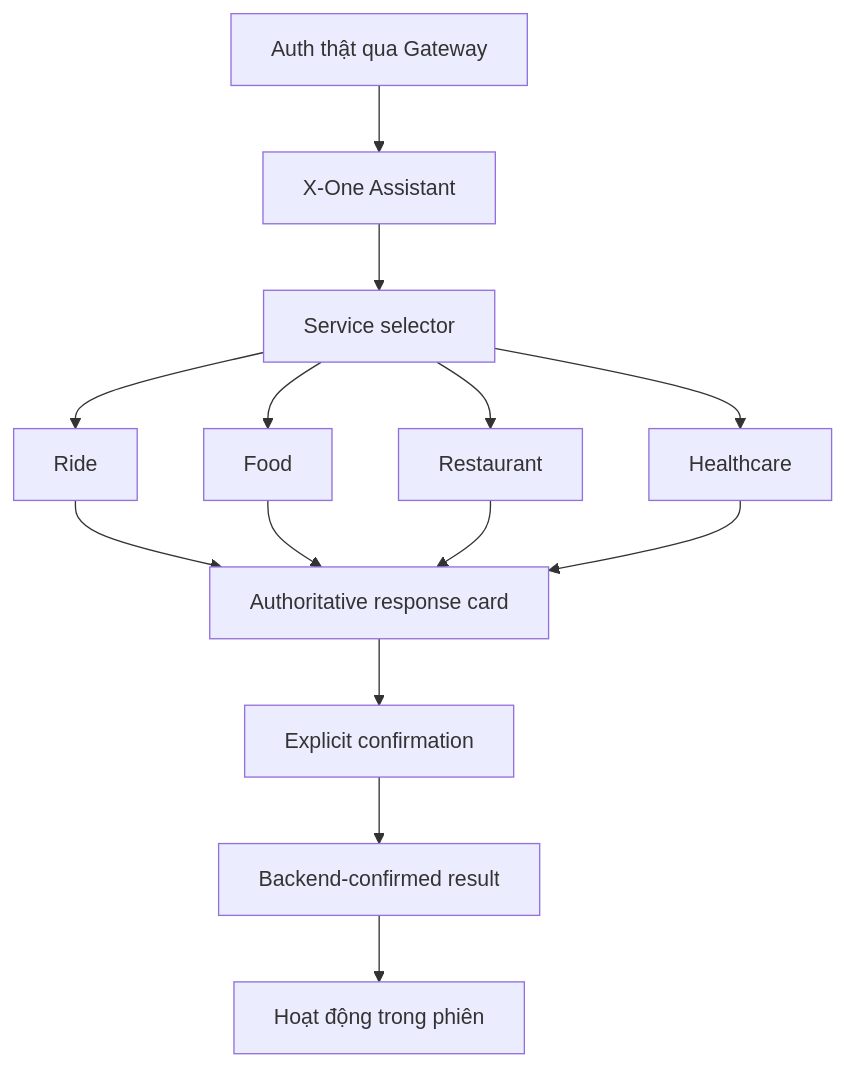
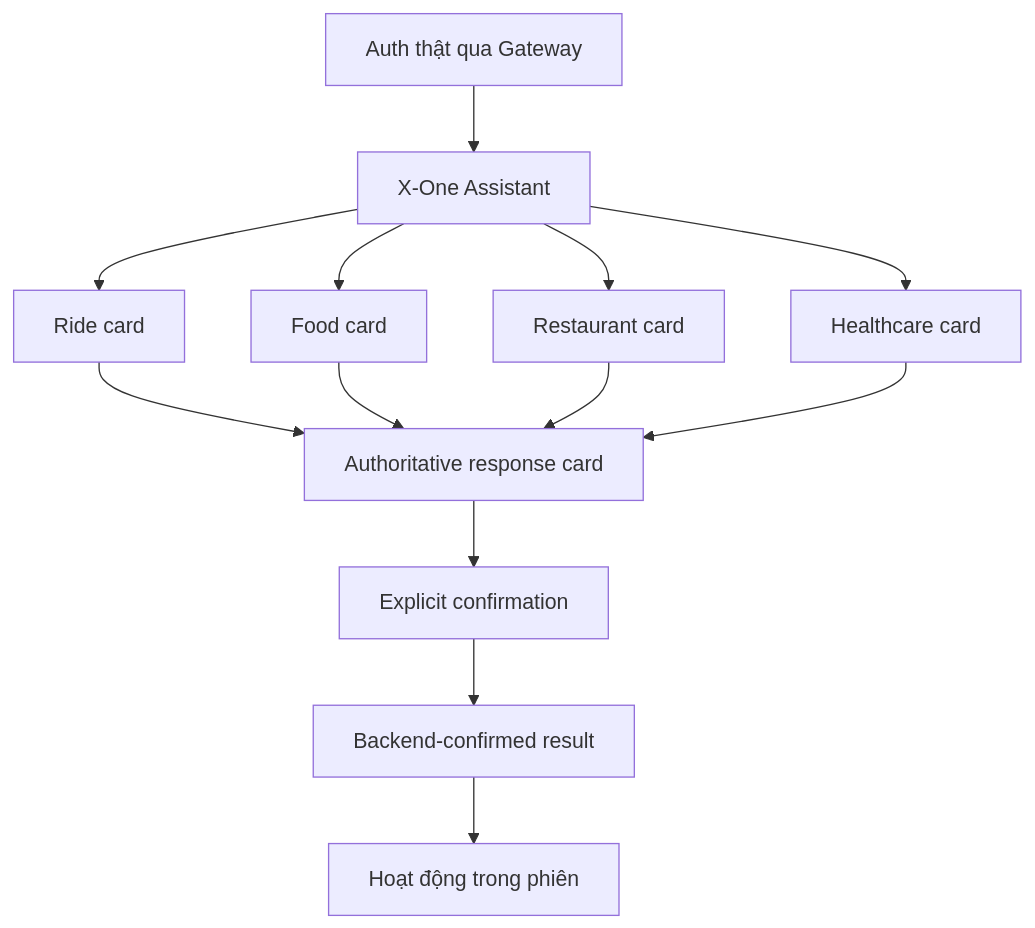
One commit to codecuatai/P-018 changed the diagram in docs/ui_wireframe_flow.md. Above: the diagram before and after it, drawn with Mermaid. The commit also changed other lines of this file and 54 other files, not shown here.

````diff
--- a/docs/ui_wireframe_flow.md
+++ b/docs/ui_wireframe_flow.md
@@ -10,16 +10,15 @@
 ```mermaid
 flowchart TB
     Auth[Auth thật qua Gateway] --> Assistant[X-One Assistant]
-    Assistant --> Selector[Service selector]
-    Selector --> Ride[Ride]
-    Selector --> Food[Food]
-    Selector --> Restaurant[Restaurant]
-    Selector --> Healthcare[Healthcare]
+    Assistant --> Ride[Ride card]
+    Assistant --> Food[Food card]
+    Assistant --> Restaurant[Restaurant card]
+    Assistant --> Healthcare[Healthcare card]
     Ride --> Card[Authoritative response card]
     Food --> Card
     Restaurant --> Card
     Healthcare --> Card
     Card --> Confirm[Explicit confirmation]
     Confirm --> Result[Backend-confirmed result]
     Result --> Activity[Hoạt động trong phiên]
 ```
````
